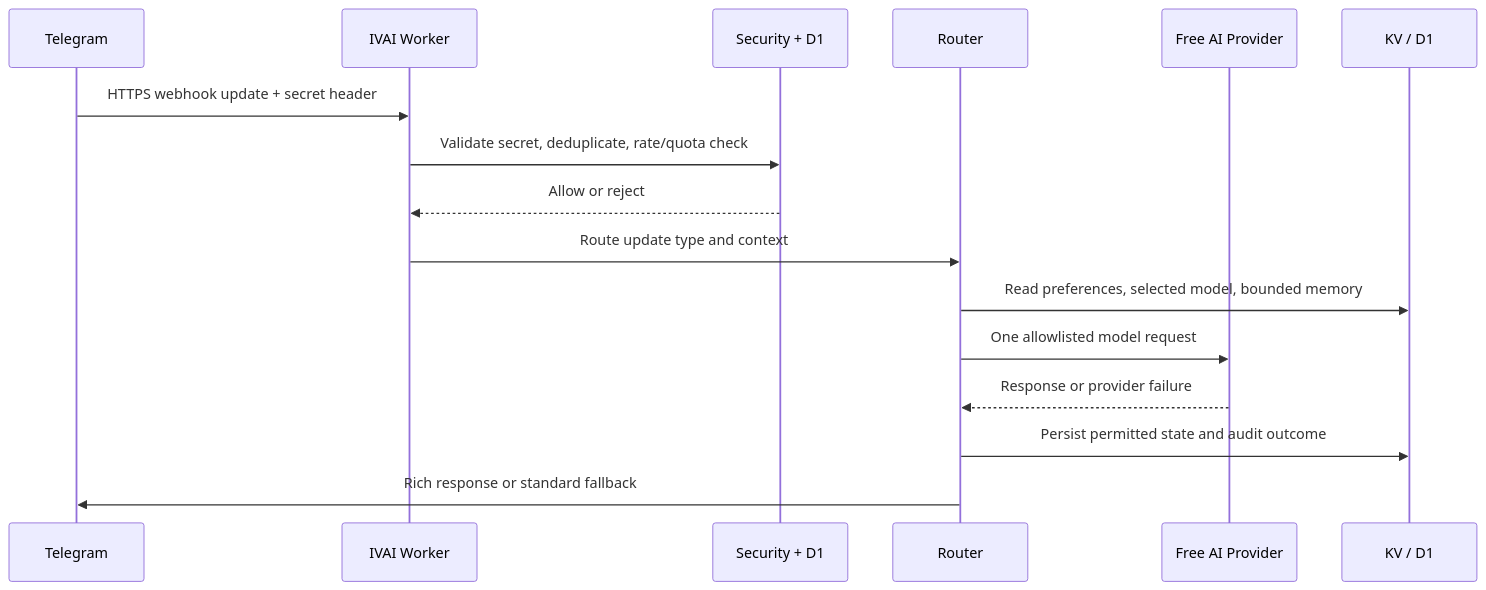
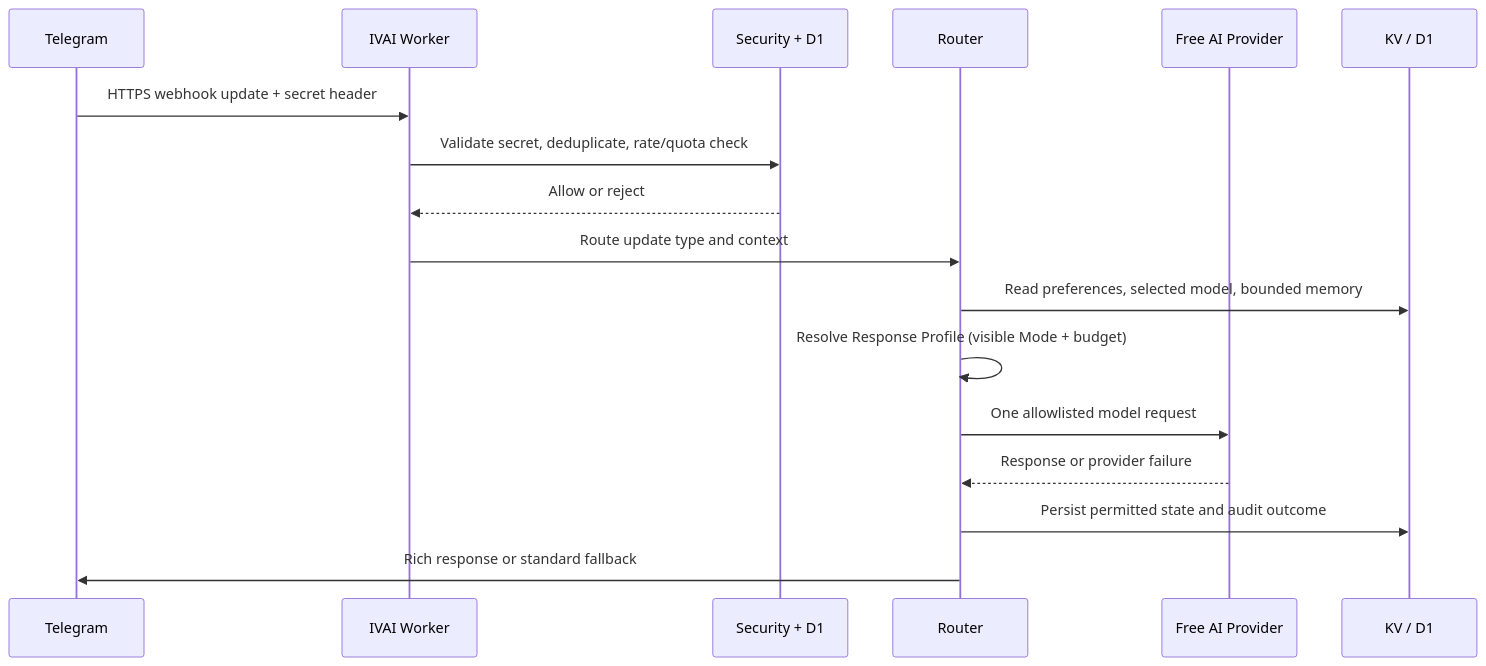
One commit to ILIV007/IVAI-bot changed the diagram in docs/ARCHITECTURE.md. Above: the diagram before and after it, drawn with Mermaid. The commit also changed other lines of this file and 10 other files, not shown here.

````diff
--- a/docs/ARCHITECTURE.md
+++ b/docs/ARCHITECTURE.md
@@ -24,19 +25,20 @@
 ```mermaid
 sequenceDiagram
     participant T as Telegram
     participant W as IVAI Worker
     participant S as Security + D1
     participant R as Router
     participant A as Free AI Provider
     participant K as KV / D1
 
     T->>W: HTTPS webhook update + secret header
     W->>S: Validate secret, deduplicate, rate/quota check
     S-->>W: Allow or reject
     W->>R: Route update type and context
     R->>K: Read preferences, selected model, bounded memory
+    R->>R: Resolve Response Profile (visible Mode + budget)
     R->>A: One allowlisted model request
     A-->>R: Response or provider failure
     R->>K: Persist permitted state and audit outcome
     R->>T: Rich response or standard fallback
 ```
````
